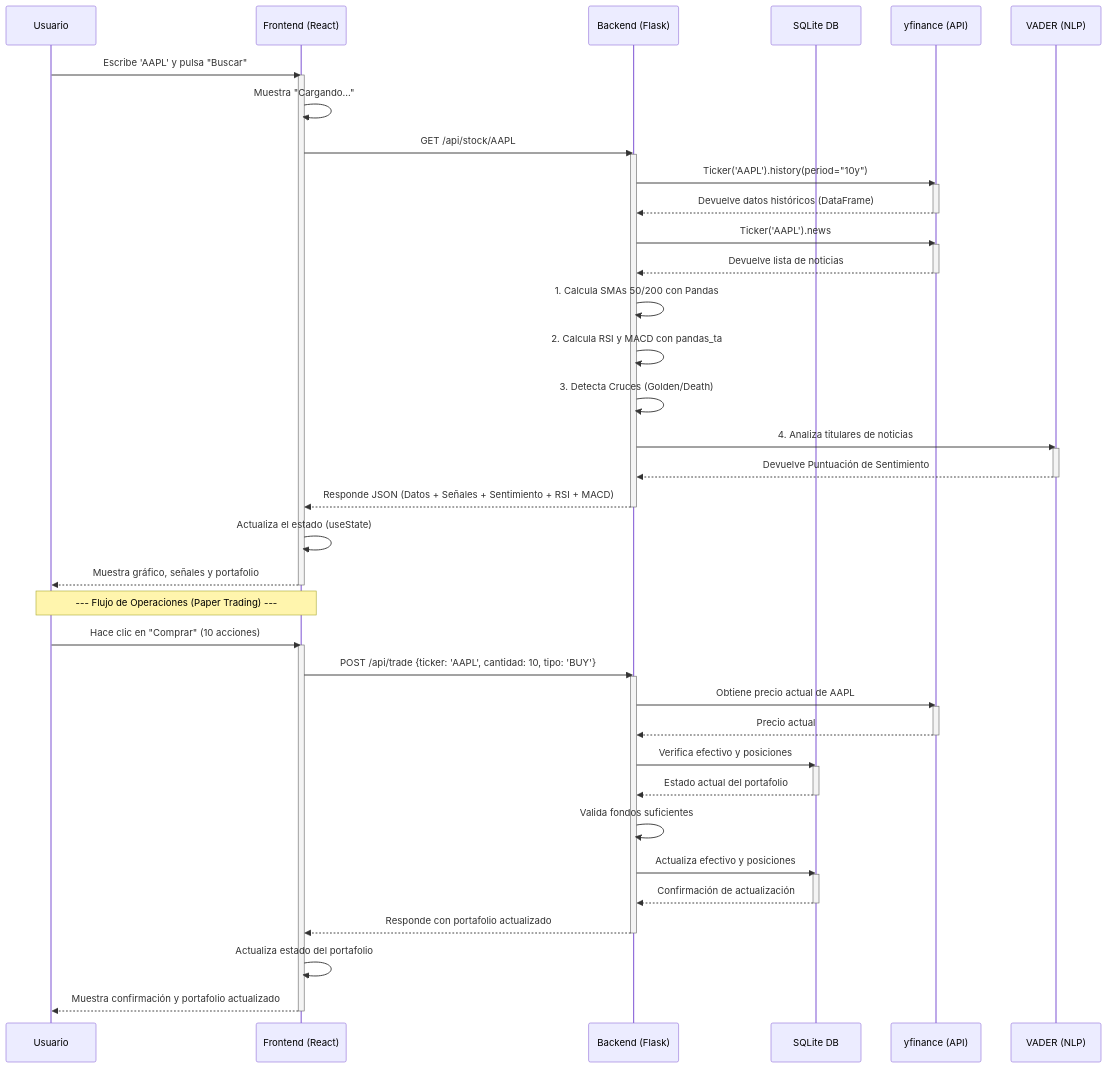
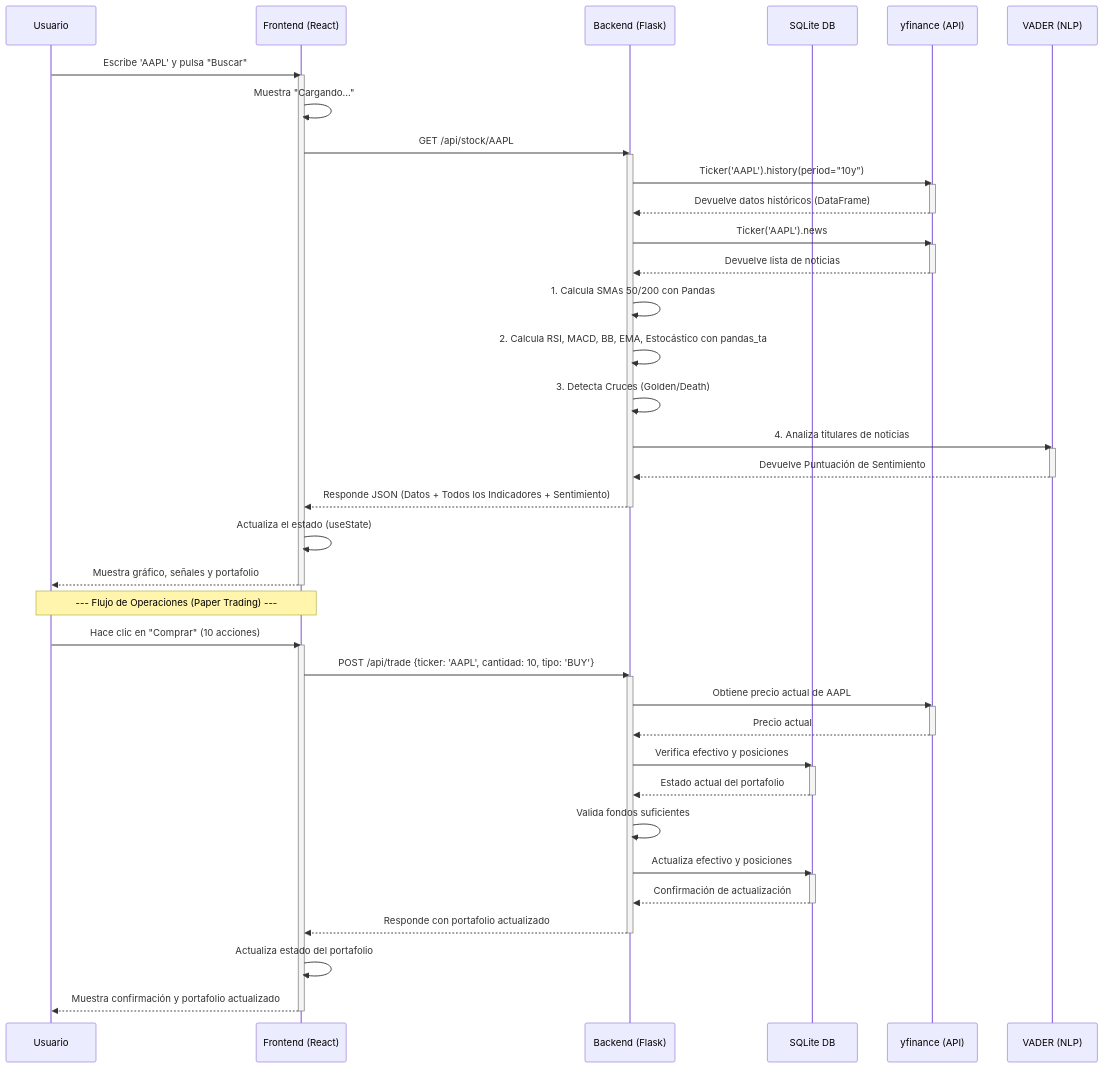
One commit to franjavi-upct-es/lumina_project changed the second of 2 diagrams in README.md. Above: the diagram before and after it, drawn with Mermaid. The commit also changed other lines of this file and 23 other files, not shown here.

````diff
--- a/README.md
+++ b/README.md
@@ -105,71 +132,71 @@
 ```mermaid
 sequenceDiagram
     participant U as Usuario
     participant F as Frontend (React)
     participant B as Backend (Flask)
     participant DB as SQLite DB
     participant YF as yfinance (API)
     participant V as VADER (NLP)
 
     U->>F: Escribe 'AAPL' y pulsa "Buscar"
     activate F
     F->>F: Muestra "Cargando..."
     F->>B: GET /api/stock/AAPL
     activate B
 
     B->>YF: Ticker('AAPL').history(period="10y")
     activate YF
     YF-->>B: Devuelve datos históricos (DataFrame)
     deactivate YF
 
     B->>YF: Ticker('AAPL').news
     activate YF
     YF-->>B: Devuelve lista de noticias
     deactivate YF
 
     B->>B: 1. Calcula SMAs 50/200 con Pandas
-    B->>B: 2. Calcula RSI y MACD con pandas_ta
+    B->>B: 2. Calcula RSI, MACD, BB, EMA, Estocástico con pandas_ta
     B->>B: 3. Detecta Cruces (Golden/Death)
 
     B->>V: 4. Analiza titulares de noticias
     activate V
     V-->>B: Devuelve Puntuación de Sentimiento
     deactivate V
 
-    B-->>F: Responde JSON (Datos + Señales + Sentimiento + RSI + MACD)
+    B-->>F: Responde JSON (Datos + Todos los Indicadores + Sentimiento)
     deactivate B
 
     F->>F: Actualiza el estado (useState)
     F-->>U: Muestra gráfico, señales y portafolio
     deactivate F
 
     Note over U,F: --- Flujo de Operaciones (Paper Trading) ---
 
     U->>F: Hace clic en "Comprar" (10 acciones)
     activate F
     F->>B: POST /api/trade {ticker: 'AAPL', cantidad: 10, tipo: 'BUY'}
     activate B
 
     B->>YF: Obtiene precio actual de AAPL
     activate YF
     YF-->>B: Precio actual
     deactivate YF
 
     B->>DB: Verifica efectivo y posiciones
     activate DB
     DB-->>B: Estado actual del portafolio
     deactivate DB
 
     B->>B: Valida fondos suficientes
     B->>DB: Actualiza efectivo y posiciones
     activate DB
     DB-->>B: Confirmación de actualización
     deactivate DB
 
     B-->>F: Responde con portafolio actualizado
     deactivate B
 
     F->>F: Actualiza estado del portafolio
     F-->>U: Muestra confirmación y portafolio actualizado
     deactivate F
 ```
````
